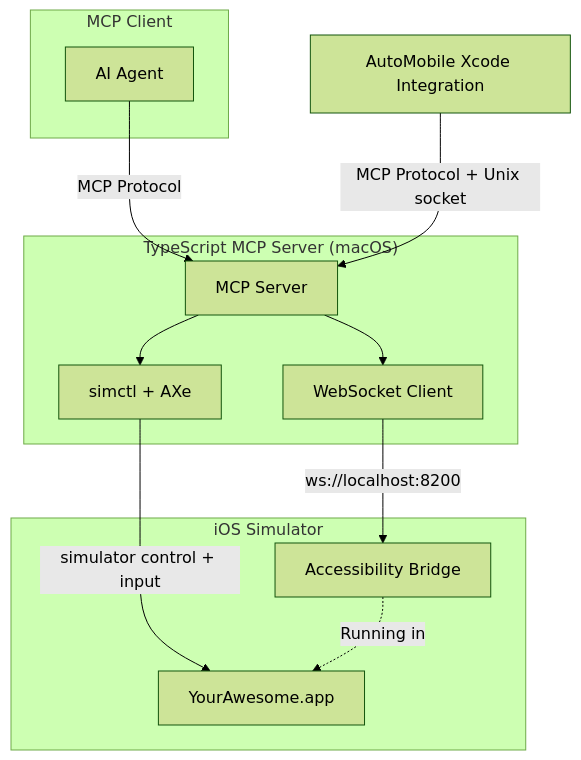
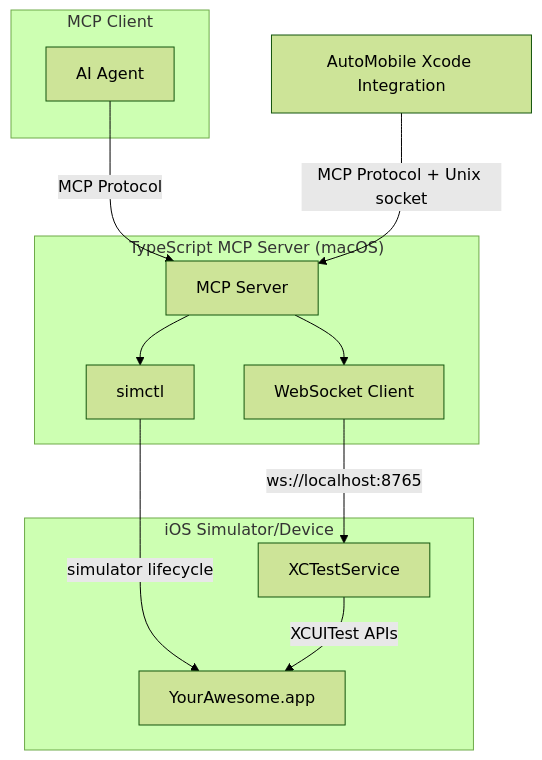
One commit to zillow/auto-mobile changed the diagram in docs/design-docs/plat/ios/index.md. Above: the diagram before and after it, drawn with Mermaid (forest theme). The commit also changed other lines of this file and 3 other files, not shown here.

First line of the commit message:
docs(ios): remove AXe references and update to reflect XCTest implementation

````diff
--- a/docs/design-docs/plat/ios/index.md
+++ b/docs/design-docs/plat/ios/index.md
@@ -7,25 +7,25 @@
 ```mermaid
 graph TB
     subgraph "MCP Client"
         Agent[AI Agent]
     end
 
     subgraph "TypeScript MCP Server (macOS)"
         MCP[MCP Server]
         WSClient[WebSocket Client]
-        MacOS[simctl + AXe]
+        Simctl[simctl]
     end
 
-    subgraph "iOS Simulator"
-        NativeApp[Accessibility Bridge]
+    subgraph "iOS Simulator/Device"
+        XCTestService[XCTestService]
         SimApp[YourAwesome.app]
     end
 
     Agent -->|MCP Protocol| MCP
     Xcode[AutoMobile Xcode Integration] -->|MCP Protocol + Unix socket| MCP
     MCP --> WSClient
-    MCP --> MacOS
-    WSClient -->|ws://localhost:8200| NativeApp
-    MacOS -->|simulator control + input| SimApp
-    NativeApp -.->|Running in| SimApp
+    MCP --> Simctl
+    WSClient -->|ws://localhost:8765| XCTestService
+    Simctl -->|simulator lifecycle| SimApp
+    XCTestService -->|XCUITest APIs| SimApp
 ```
````
